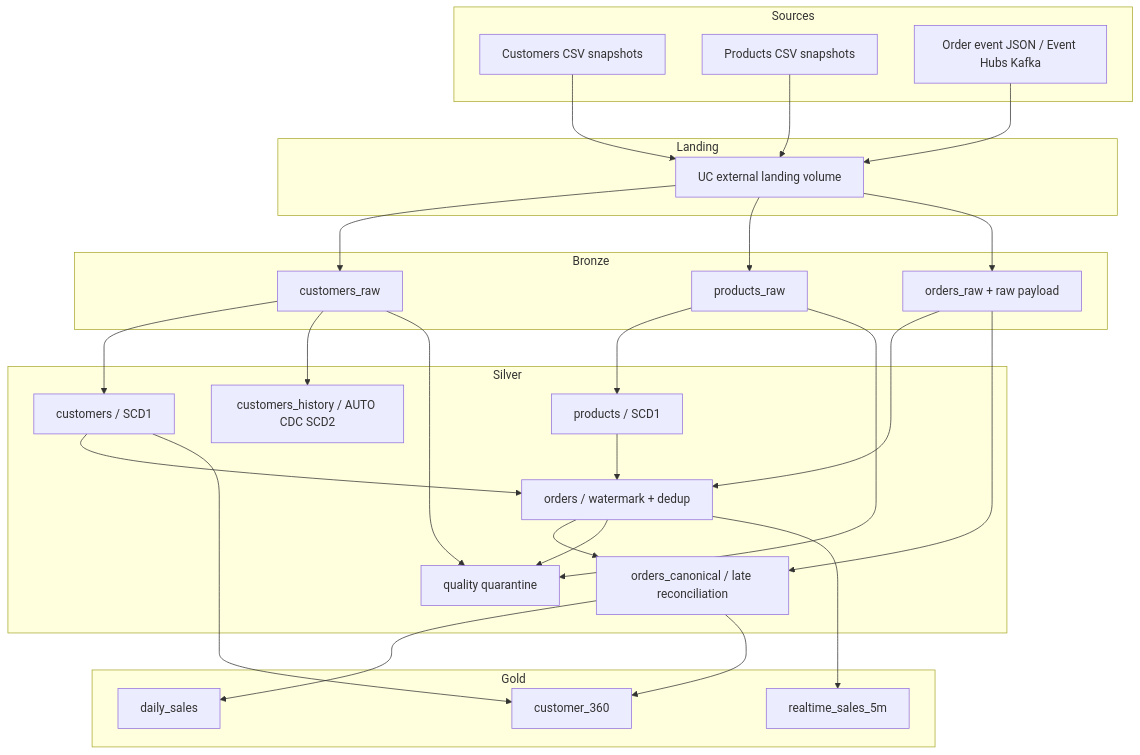
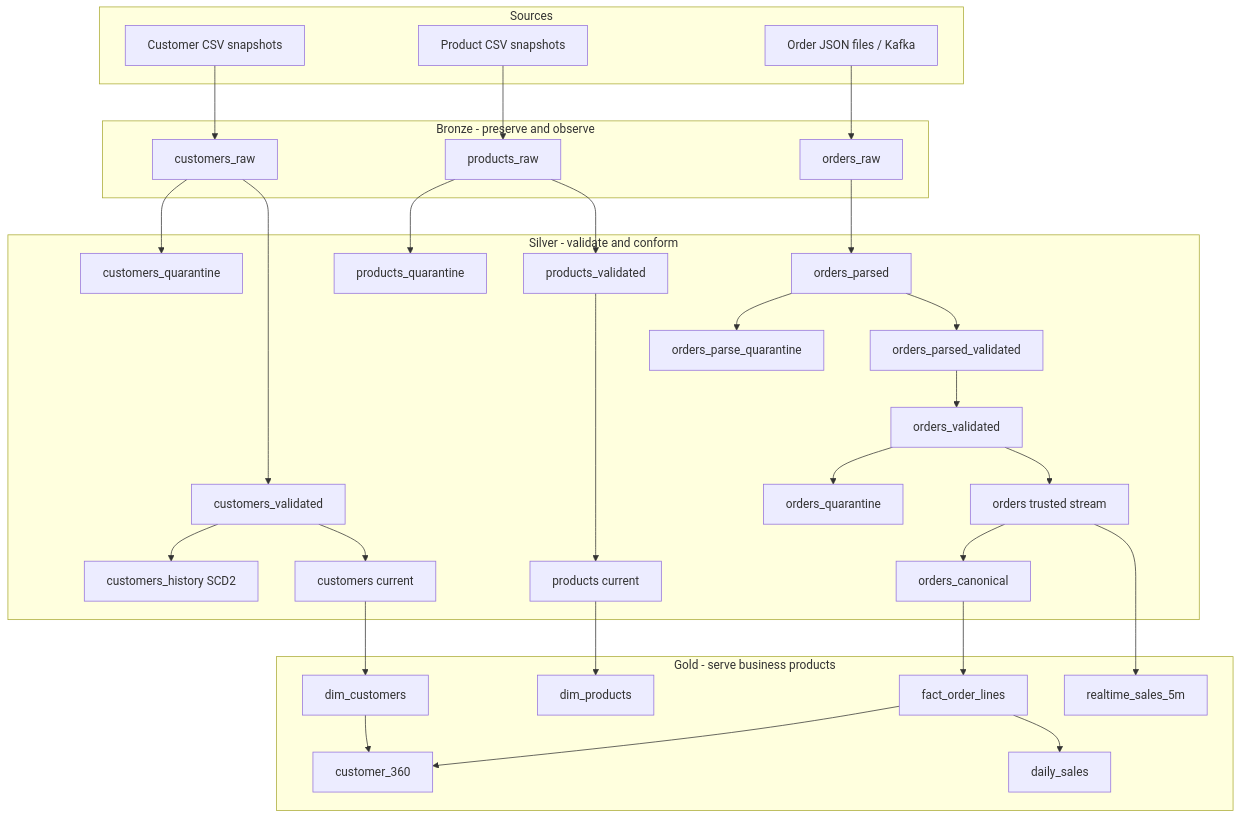
One commit to MehdiTAZI/modern-data-platform-reference changed the diagram in README.md. Above: the diagram before and after it, drawn with Mermaid. The commit also changed other lines of this file and 18 other files, not shown here.

First line of the commit message:
feat: complete Bronze Silver Gold application workflow

````diff
--- a/README.md
+++ b/README.md
@@ -40,50 +42,57 @@
 ```mermaid
 flowchart TB
   subgraph Sources
-    C[Customers CSV snapshots]
-    P[Products CSV snapshots]
-    O[Order event JSON / Event Hubs Kafka]
+    C[Customer CSV snapshots]
+    P[Product CSV snapshots]
+    O[Order JSON files / Kafka]
   end
-  subgraph Landing
-    V[UC external landing volume]
-  end
-  C --> V
-  P --> V
-  O --> V
-  subgraph Bronze
+
+  subgraph Bronze[Bronze - preserve and observe]
     CR[customers_raw]
     PR[products_raw]
-    OR[orders_raw + raw payload]
+    OR[orders_raw]
   end
-  V --> CR
-  V --> PR
-  V --> OR
-  subgraph Silver
-    CS[customers / SCD1]
-    CH[customers_history / AUTO CDC SCD2]
-    PS[products / SCD1]
-    OS[orders / watermark + dedup]
-    RC[orders_canonical / late reconciliation]
-    Q[quality quarantine]
+
+  subgraph Silver[Silver - validate and conform]
+    CV[customers_validated]
+    CQ[customers_quarantine]
+    CS[customers current]
+    CH[customers_history SCD2]
+    PV[products_validated]
+    PQ[products_quarantine]
+    PS[products current]
+    OP[orders_parsed]
+    OIV[orders_parsed_validated]
+    OIQ[orders_parse_quarantine]
+    OV[orders_validated]
+    OQ[orders_quarantine]
+    OS[orders trusted stream]
+    OC[orders_canonical]
   end
-  CR --> CS
-  CR --> CH
-  PR --> PS
-  OR --> OS
-  OR --> RC
-  OS --> RC
-  CS --> OS
-  PS --> OS
-  CR --> Q
-  PR --> Q
-  OS --> Q
-  subgraph Gold
+
+  subgraph Gold[Gold - serve business products]
+    DC[dim_customers]
+    DP[dim_products]
+    F[fact_order_lines]
     DS[daily_sales]
     C360[customer_360]
     RT[realtime_sales_5m]
   end
-  RC --> DS
-  CS --> C360
-  RC --> C360
-  OS --> RT
+
+  C --> CR
+  P --> PR
+  O --> OR
+
+  CR --> CV --> CS --> DC
+  CR --> CQ
+  CV --> CH
+  PR --> PV --> PS --> DP
+  PR --> PQ
+
+  OR --> OP --> OIV --> OV --> OS --> RT
+  OP --> OIQ
+  OV --> OQ
+  OS --> OC --> F --> DS
+  DC --> C360
+  F --> C360
 ```
````
